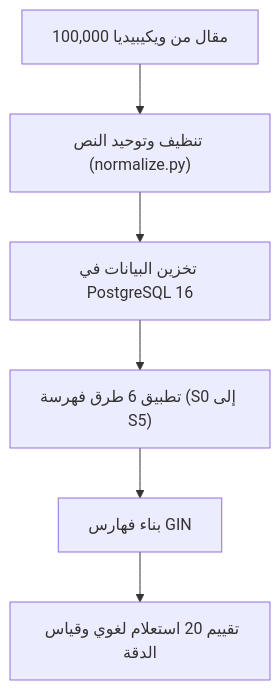
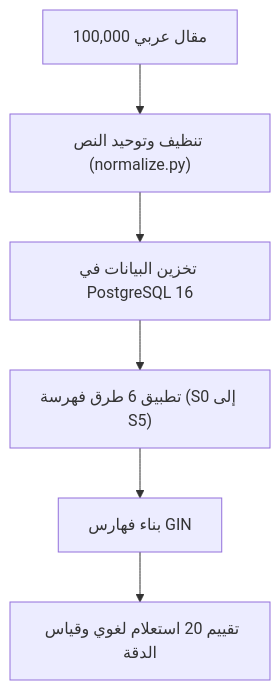
The diagram in README.md (MarwanKhlaif/Root-Based-Arabic-Indexing-), drawn with Mermaid before and after one commit. The commit also changed other lines of this file and 2 other files, not shown here.

````diff
--- a/README.md
+++ b/README.md
@@ -30,8 +27,8 @@
 ```mermaid
 flowchart TD
-    A["100,000 مقال من ويكيبيديا"] --> B["تنظيف وتوحيد النص (normalize.py)"]
+    A["100,000 مقال عربي"] --> B["تنظيف وتوحيد النص (normalize.py)"]
     B --> C["تخزين البيانات في PostgreSQL 16"]
     C --> D["تطبيق 6 طرق فهرسة (S0 إلى S5)"]
     D --> E["بناء فهارس GIN"]
     E --> F["تقييم 20 استعلام لغوي وقياس الدقة"]
 ```
````
